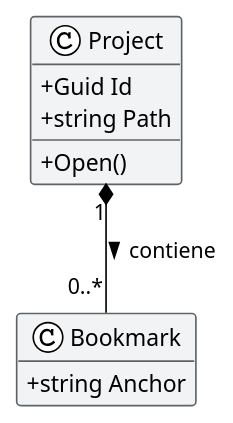
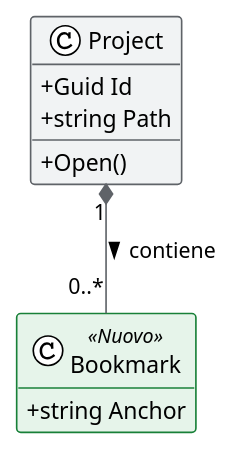
Before and after one commit to salaroglio/MdExplorer: the third of 6 diagrams in MdExplorer/skills/mde-plantuml/SKILL.md, drawn with PlantUML. The commit also changed other lines of this file and 1 other file, not shown here.

First line of the commit message:
feat(skills): mde-plantuml — colore dettagliato per tipo di diagramma e mindmap

````diff
--- a/MdExplorer/skills/mde-plantuml/SKILL.md
+++ b/MdExplorer/skills/mde-plantuml/SKILL.md
@@ -161,20 +265,25 @@
 ```plantuml
 @startuml
 !theme plain
 hide empty members
 skinparam classAttributeIconSize 0
 skinparam ClassBackgroundColor #F1F3F4
 skinparam ClassBorderColor #5F6368
+skinparam ArrowColor #5F6368
+skinparam class {
+  BackgroundColor<<Nuovo>> #E6F4EA
+  BorderColor<<Nuovo>> #188038
+}
 
 class Project {
   +Guid Id
   +string Path
   --
   +Open()
 }
-class Bookmark {
+class Bookmark <<Nuovo>> {
   +string Anchor
 }
 Project "1" *-- "0..*" Bookmark : contiene >
 @enduml
 ```
````
